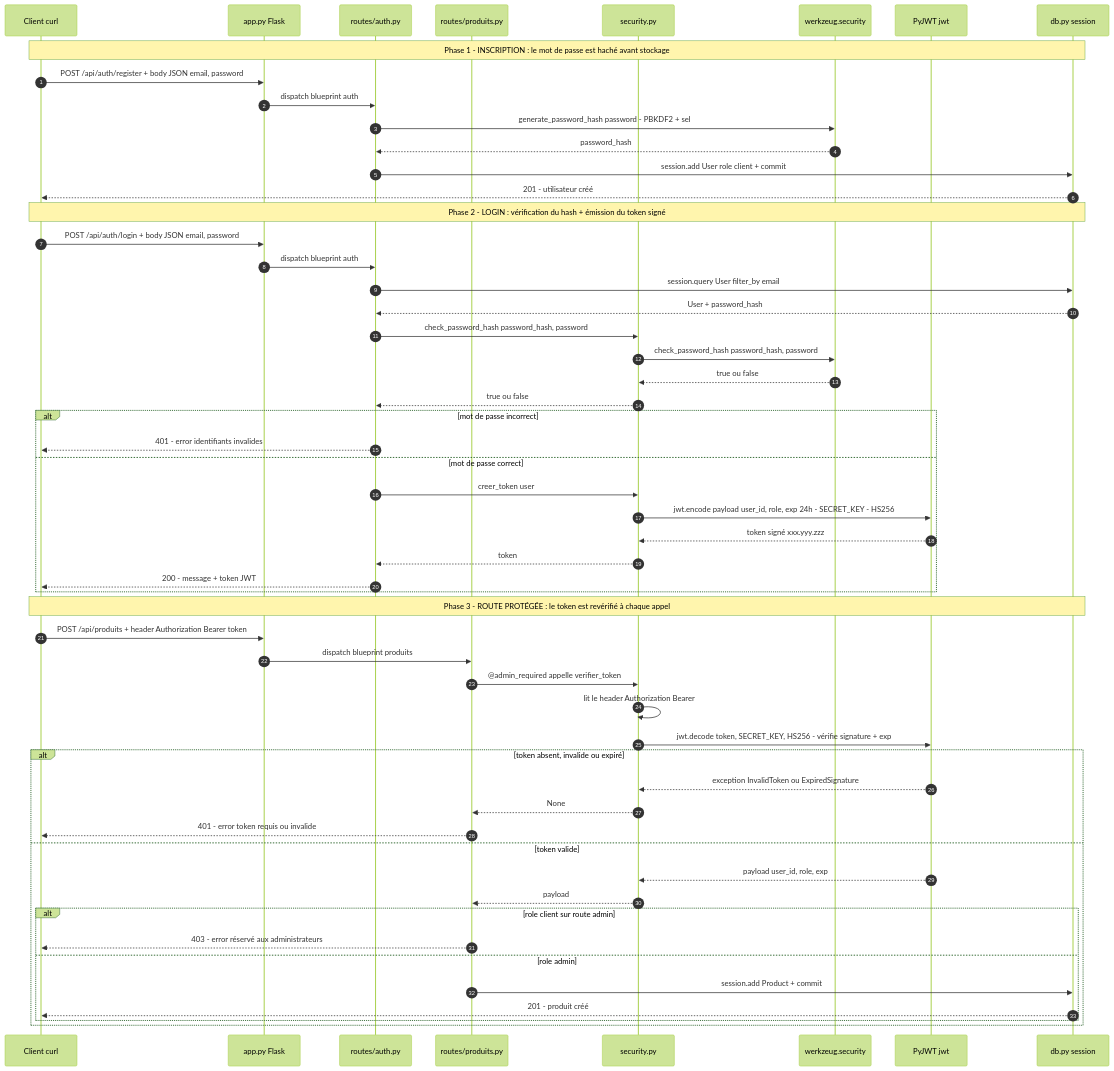
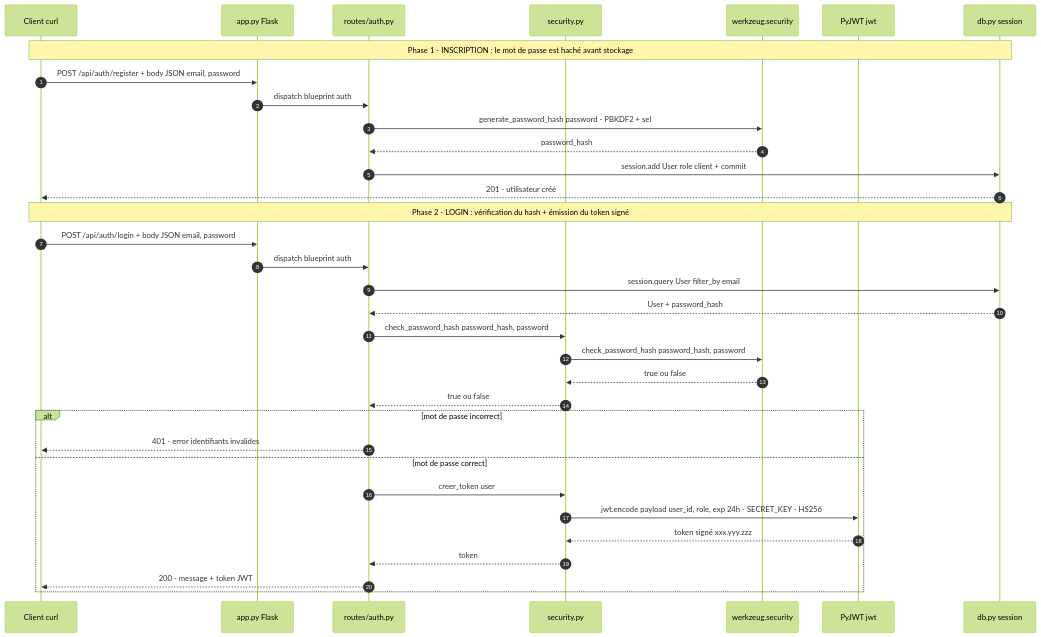
The ninth of 10 diagrams in docs/uml-projet.md (ericlacombe/mon-projet-handson-python), drawn with Mermaid (forest theme) before and after one commit. The commit also changed other lines of this file, not shown here.

Commit message:
docs(uml-projet.md) : scinde le §3.3 en deux chapitres — 3.3 Inscription et Login, 3.4 Route protégée 401/403 — pour la lisibilité

````diff
--- a/docs/uml-projet.md
+++ b/docs/uml-projet.md
@@ -344,62 +344,41 @@
 ```mermaid
 %% LÉGENDE séquence : participant = ligne de vie · ->> appel synchrone · -->> retour · Note over = phase · alt/else = branche UML · autonumber = ordre des messages
 %% Règle anti-erreur : aucune parenthèse dans les étiquettes
 sequenceDiagram
     autonumber
     participant C as Client curl
     participant F as app.py Flask
     participant RA as routes/auth.py
-    participant RP as routes/produits.py
     participant S as security.py
     participant W as werkzeug.security
     participant J as PyJWT jwt
     participant D as db.py session
 
     Note over C,D: Phase 1 - INSCRIPTION : le mot de passe est haché avant stockage
     C->>F: POST /api/auth/register + body JSON email, password
     F->>RA: dispatch blueprint auth
     RA->>W: generate_password_hash password - PBKDF2 + sel
     W-->>RA: password_hash
     RA->>D: session.add User role client + commit
     D-->>C: 201 - utilisateur créé
 
     Note over C,D: Phase 2 - LOGIN : vérification du hash + émission du token signé
     C->>F: POST /api/auth/login + body JSON email, password
     F->>RA: dispatch blueprint auth
     RA->>D: session.query User filter_by email
     D-->>RA: User + password_hash
     RA->>S: check_password_hash password_hash, password
     S->>W: check_password_hash password_hash, password
     W-->>S: true ou false
     S-->>RA: true ou false
     alt mot de passe incorrect
         RA-->>C: 401 - error identifiants invalides
     else mot de passe correct
         RA->>S: creer_token user
         S->>J: jwt.encode payload user_id, role, exp 24h - SECRET_KEY - HS256
         J-->>S: token signé xxx.yyy.zzz
         S-->>RA: token
         RA-->>C: 200 - message + token JWT
     end
 
-    Note over C,D: Phase 3 - ROUTE PROTÉGÉE : le token est revérifié à chaque appel
-    C->>F: POST /api/produits + header Authorization Bearer token
-    F->>RP: dispatch blueprint produits
-    RP->>S: @admin_required appelle verifier_token
-    S->>S: lit le header Authorization Bearer
-    S->>J: jwt.decode token, SECRET_KEY, HS256 - vérifie signature + exp
-    alt token absent, invalide ou expiré
-        J-->>S: exception InvalidToken ou ExpiredSignature
-        S-->>RP: None
-        RP-->>C: 401 - error token requis ou invalide
-    else token valide
-        J-->>S: payload user_id, role, exp
-        S-->>RP: payload
-        alt role client sur route admin
-            RP-->>C: 403 - error réservé aux administrateurs
-        else role admin
-            RP->>D: session.add Product + commit
-            D-->>C: 201 - produit créé
-        end
-    end
 ```
````
